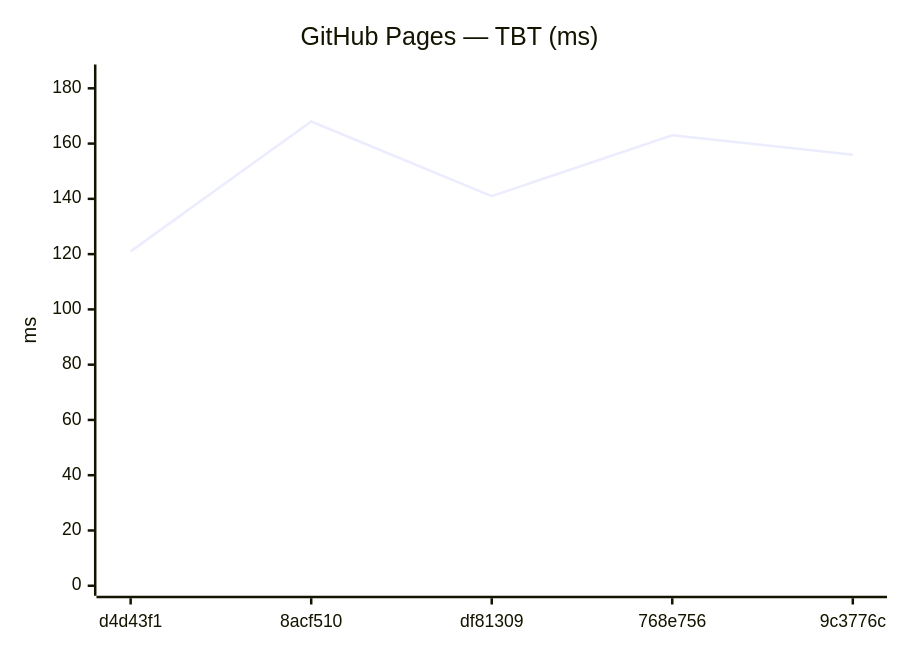
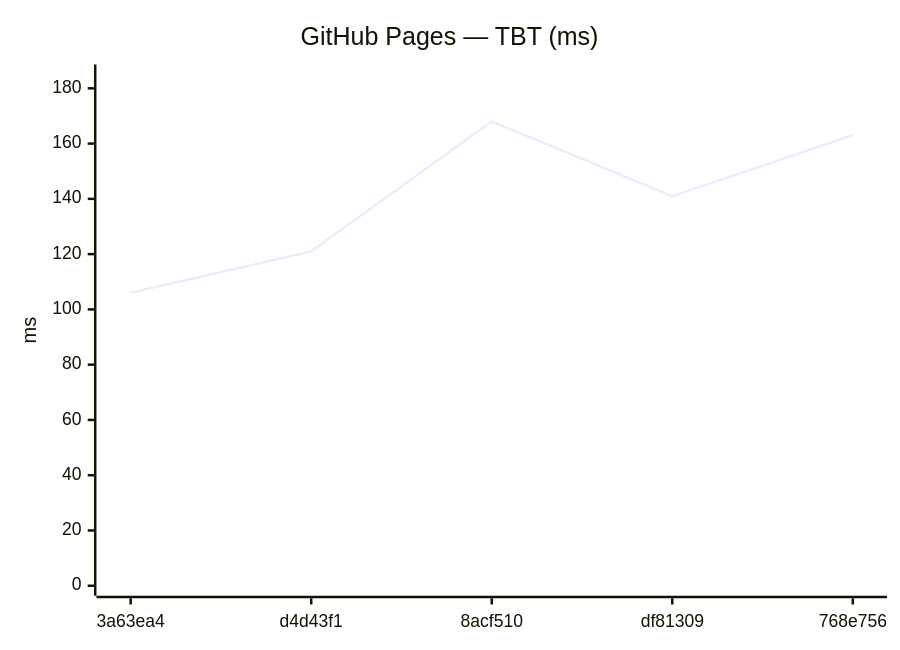
Before and after one commit to Metaheurist/Rianell: the tenth of 18 diagrams in benchmarks/compare.md, drawn with Mermaid. The commit also changed other lines of this file and 11 other files, not shown here.

````diff
--- a/benchmarks/compare.md
+++ b/benchmarks/compare.md
@@ -149,7 +149,7 @@
 ```mermaid
 xychart-beta
     title "GitHub Pages — TBT (ms)"
-    x-axis ["d4d43f1", "8acf510", "df81309", "768e756", "9c3776c"]
+    x-axis ["3a63ea4", "d4d43f1", "8acf510", "df81309", "768e756"]
     y-axis "ms" 0 --> 185
-    line [121, 168, 141, 163, 156]
+    line [106, 121, 168, 141, 163]
 ```
````
